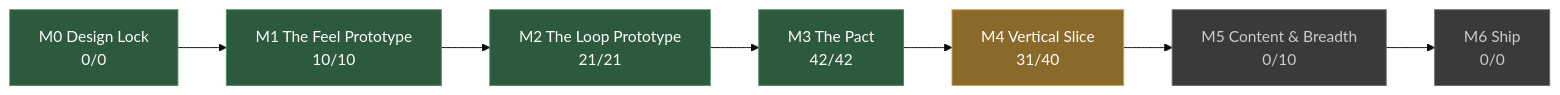
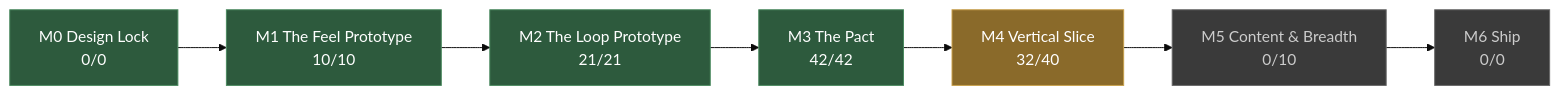
Before and after one commit to JoshuaGessner/she: the diagram in docs/STATUS.md, drawn with Mermaid (base theme). The commit also changed other lines of this file and 31 other files, not shown here.

````diff
--- a/docs/STATUS.md
+++ b/docs/STATUS.md
@@ -13,19 +13,19 @@
 ```mermaid
 flowchart LR
   M0["M0 Design Lock<br/>0/0"]:::passed
   M1["M1 The Feel Prototype<br/>10/10"]:::passed
   M0 --> M1
   M2["M2 The Loop Prototype<br/>21/21"]:::passed
   M1 --> M2
   M3["M3 The Pact<br/>42/42"]:::passed
   M2 --> M3
-  M4["M4 Vertical Slice<br/>31/40"]:::current
+  M4["M4 Vertical Slice<br/>32/40"]:::current
   M3 --> M4
   M5["M5 Content & Breadth<br/>0/10"]:::ahead
   M4 --> M5
   M6["M6 Ship<br/>0/0"]:::ahead
   M5 --> M6
   classDef passed fill:#2d5a3d,stroke:#4a8a5f,color:#fff
   classDef current fill:#8a6a2a,stroke:#c8a04a,color:#fff
   classDef ahead fill:#3a3a3a,stroke:#666,color:#ccc
 ```
````
